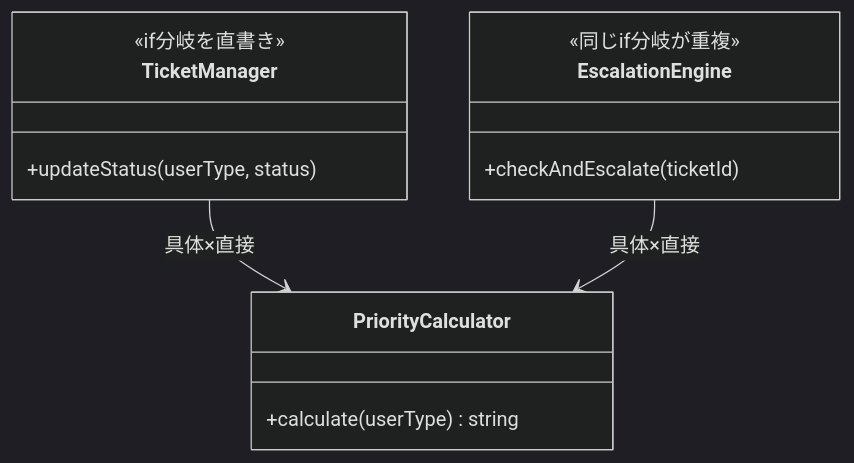
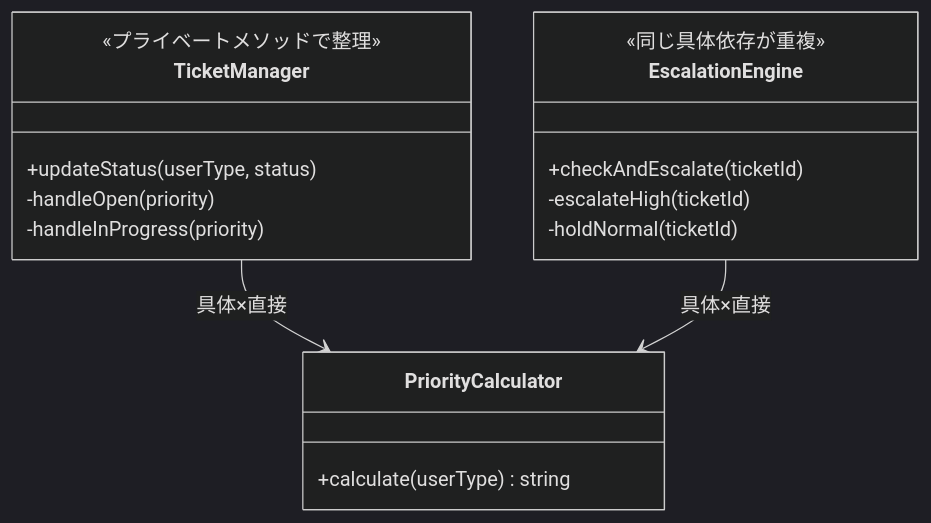
Before and after one commit to kumachan1101-pixel/DesignPattern: the fourth of 11 diagrams in kindle/design-patterns/output/chapter09_2.md, drawn with Mermaid (dark theme). The commit also changed other lines of this file and 12 other files, not shown here.

````diff
--- a/kindle/design-patterns/output/chapter09_2.md
+++ b/kindle/design-patterns/output/chapter09_2.md
@@ -399,16 +399,20 @@
 ```mermaid
 classDiagram
     class TicketManager {
-        <<if分岐を直書き>>
+        <<プライベートメソッドで整理>>
         +updateStatus(userType, status)
+        -handleOpen(priority)
+        -handleInProgress(priority)
     }
     class EscalationEngine {
-        <<同じif分岐が重複>>
+        <<同じ具体依存が重複>>
         +checkAndEscalate(ticketId)
+        -escalateHigh(ticketId)
+        -holdNormal(ticketId)
     }
     class PriorityCalculator {
         +calculate(userType) string
     }
     TicketManager --> PriorityCalculator : 具体×直接
     EscalationEngine --> PriorityCalculator : 具体×直接
 ```
````
